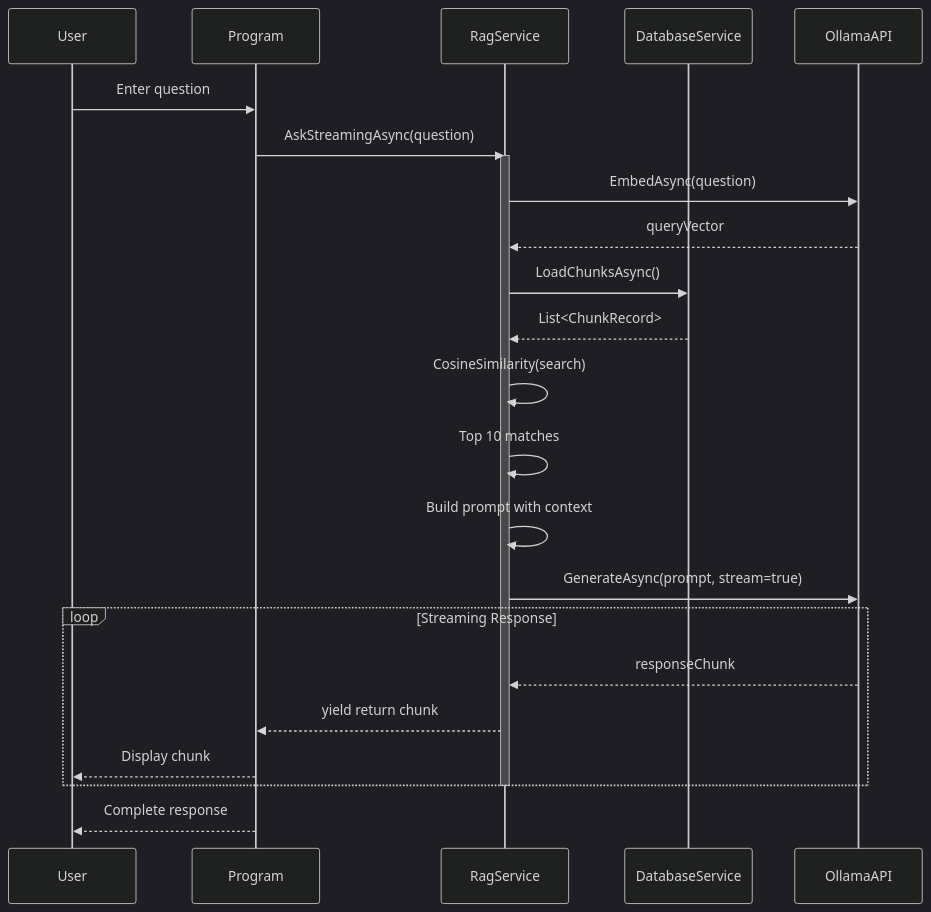
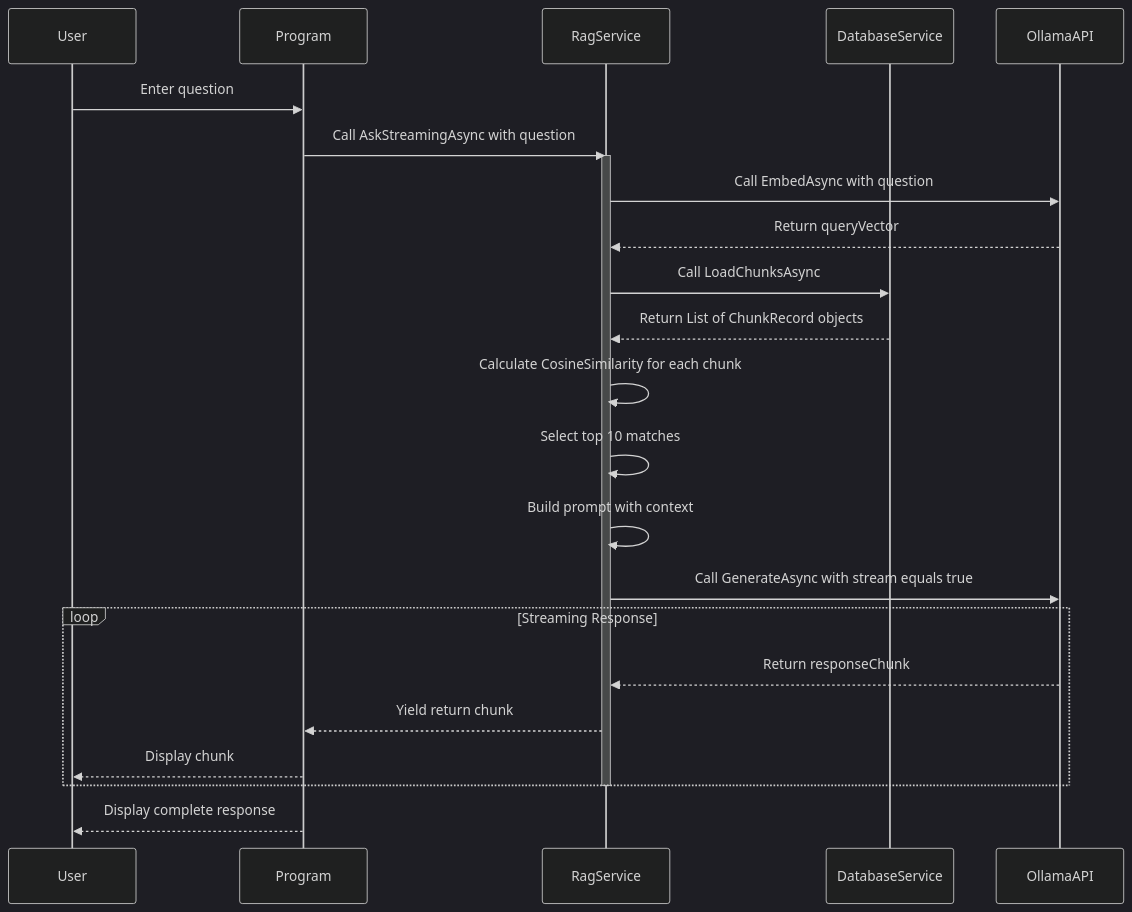
Before and after one commit to andikatjacobdennis/Local-RAG-With-OllamaSharp: the second of 11 diagrams in doc/Technical Architecture Document.md, drawn with Mermaid (dark theme). The commit also changed other lines of this file, not shown here.

````diff
--- a/doc/Technical Architecture Document.md
+++ b/doc/Technical Architecture Document.md
@@ -99,34 +99,34 @@
 ```mermaid
 sequenceDiagram
     participant User
     participant Program
     participant RagService
     participant DatabaseService
     participant OllamaAPI
     
     User->>Program: Enter question
-    Program->>RagService: AskStreamingAsync(question)
+    Program->>RagService: Call AskStreamingAsync with question
     
     activate RagService
-    RagService->>OllamaAPI: EmbedAsync(question)
-    OllamaAPI-->>RagService: queryVector
+    RagService->>OllamaAPI: Call EmbedAsync with question
+    OllamaAPI-->>RagService: Return queryVector
     
-    RagService->>DatabaseService: LoadChunksAsync()
-    DatabaseService-->>RagService: List<ChunkRecord>
+    RagService->>DatabaseService: Call LoadChunksAsync
+    DatabaseService-->>RagService: Return List of ChunkRecord objects
     
-    RagService->>RagService: CosineSimilarity(search)
-    RagService->>RagService: Top 10 matches
+    RagService->>RagService: Calculate CosineSimilarity for each chunk
+    RagService->>RagService: Select top 10 matches
     
     RagService->>RagService: Build prompt with context
     
-    RagService->>OllamaAPI: GenerateAsync(prompt, stream=true)
+    RagService->>OllamaAPI: Call GenerateAsync with stream equals true
     
     loop Streaming Response
-        OllamaAPI-->>RagService: responseChunk
-        RagService-->>Program: yield return chunk
+        OllamaAPI-->>RagService: Return responseChunk
+        RagService-->>Program: Yield return chunk
         Program-->>User: Display chunk
     end
     
     deactivate RagService
-    Program-->>User: Complete response
+    Program-->>User: Display complete response
 ```
````
